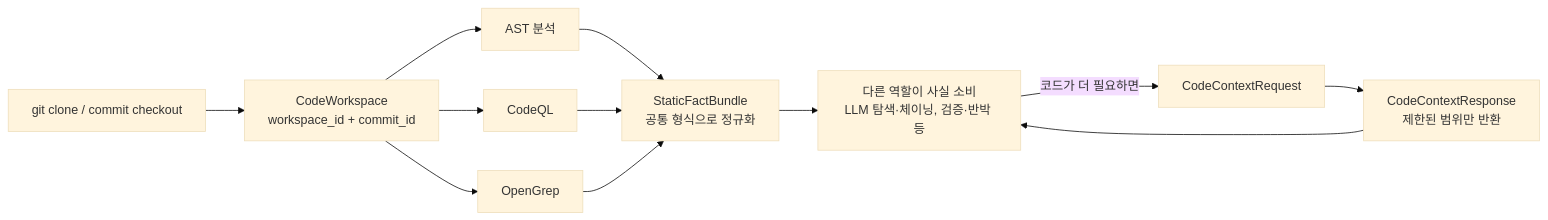
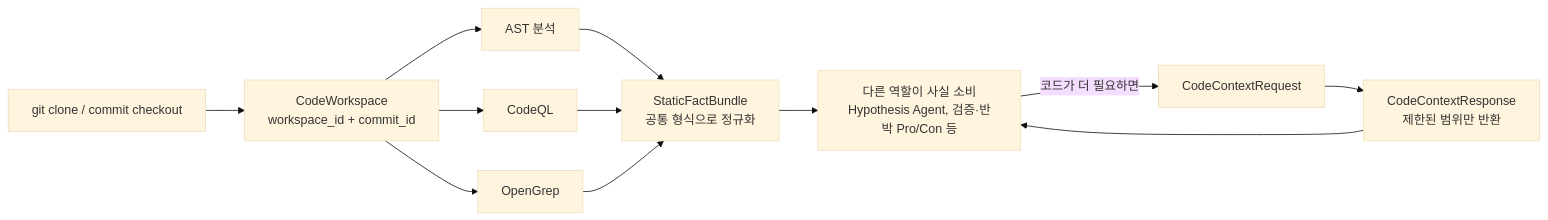
The diagram in docs/review/r2-static-context-confirmation.md (SASTsimi/sastsimi), drawn with Mermaid (base theme) before and after one commit. The commit also changed other lines of this file, not shown here.

````diff
--- a/docs/review/r2-static-context-confirmation.md
+++ b/docs/review/r2-static-context-confirmation.md
@@ -40,14 +61,14 @@
 ```mermaid
 flowchart LR
     A[git clone / commit checkout] --> B[CodeWorkspace<br/>workspace_id + commit_id]
     B --> C1[AST 분석]
     B --> C2[CodeQL]
     B --> C3[OpenGrep]
     C1 --> D[StaticFactBundle<br/>공통 형식으로 정규화]
     C2 --> D
     C3 --> D
-    D --> E[다른 역할이 사실 소비<br/>LLM 탐색·체이닝, 검증·반박 등]
+    D --> E[다른 역할이 사실 소비<br/>Hypothesis Agent, 검증·반박 Pro/Con 등]
     E -->|코드가 더 필요하면| F[CodeContextRequest]
     F --> G[CodeContextResponse<br/>제한된 범위만 반환]
     G --> E
 ```
````
